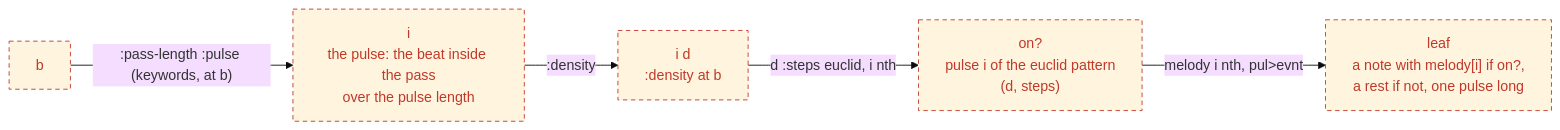
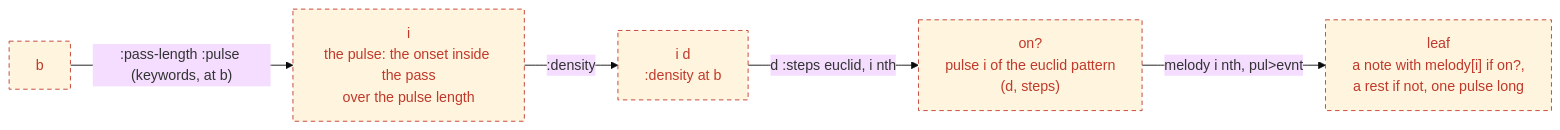
One commit to gebdevalk/musics changed the second of 4 diagrams in doc/md/hoketus-dynamic.md. Above: the diagram before and after it, drawn with Mermaid (base theme). The commit also changed other lines of this file and 29 other files, not shown here.

Commit message:
beat is onset: the position a voice that is a function of onset is asked at ($onset, :onset in events, voices and the lookup); beat stays for the meter's beats

````diff
--- a/doc/md/hoketus-dynamic.md
+++ b/doc/md/hoketus-dynamic.md
@@ -39,16 +39,16 @@
 ```mermaid
 flowchart LR
   s0["b"]
-  s1["i<br/>the pulse: the beat inside the pass<br/>over the pulse length"]
+  s1["i<br/>the pulse: the onset inside the pass<br/>over the pulse length"]
   s2["i  d<br/>:density at b"]
   s3["on?<br/>pulse i of the euclid pattern<br/>(d, steps)"]
   s4["leaf<br/>a note with melody[i] if on?,<br/>a rest if not, one pulse long"]
 
   s0 -- ":pass-length :pulse (keywords, at b)" --> s1
   s1 -- ":density" --> s2
   s2 -- "d :steps euclid, i nth" --> s3
   s3 -- "melody i nth, pul>evnt" --> s4
 
   classDef planned stroke-dasharray: 5 4,stroke:#c0392b,color:#c0392b
   class s0,s1,s2,s3,s4 planned
 ```
````
